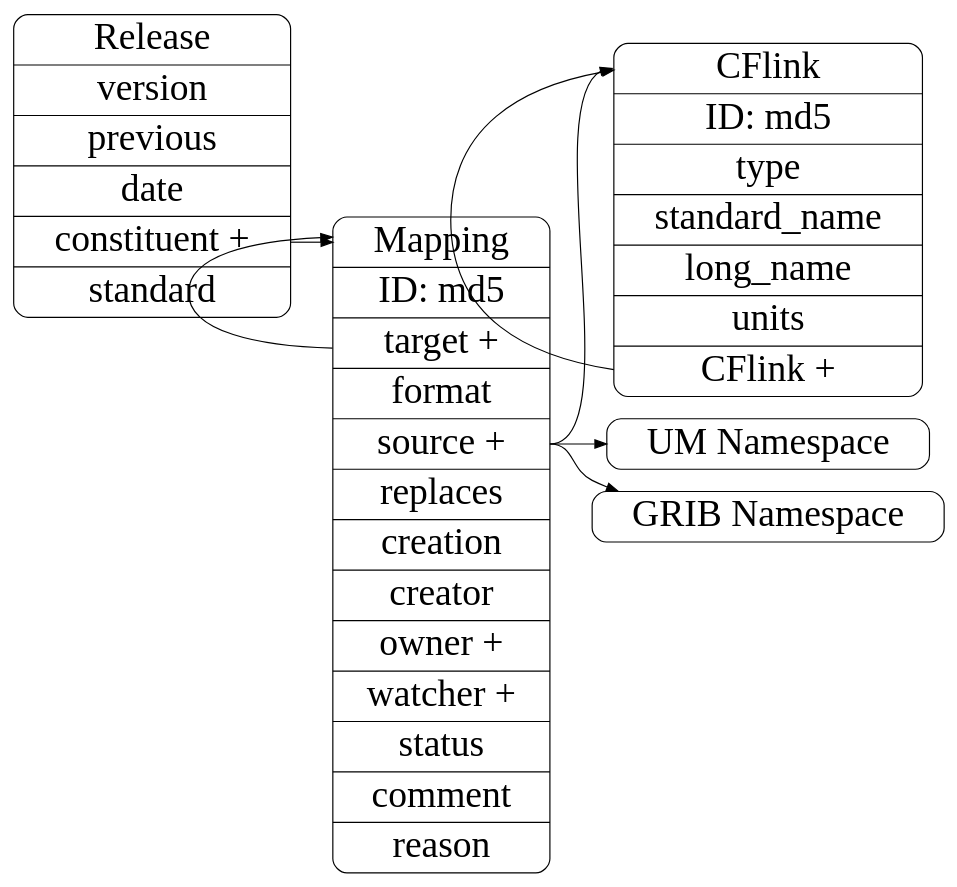
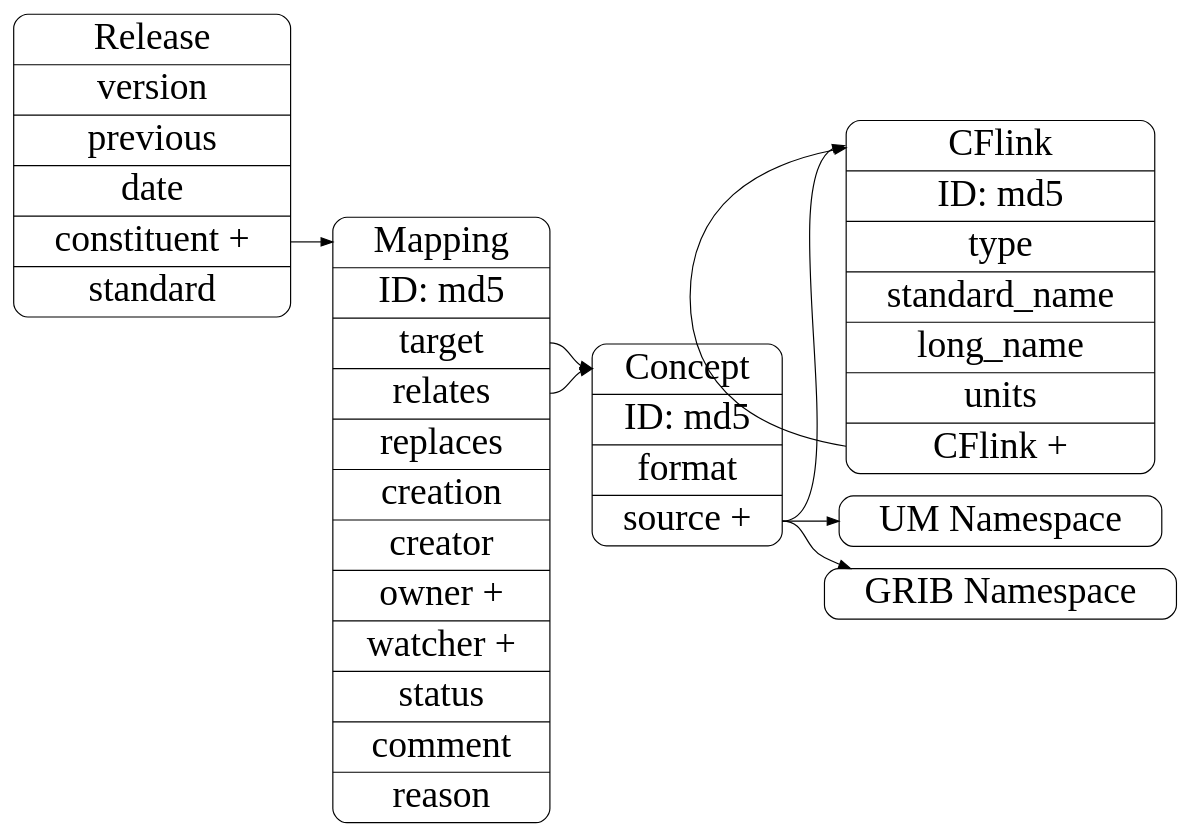
One commit to metarelate/metOcean-mapping changed the diagram in docs/source/developer/design/records.dot. Above: the diagram before and after it, drawn with Graphviz. The commit also changed 9 other files, not shown here.

```diff
--- a/docs/source/developer/design/records.dot
+++ b/docs/source/developer/design/records.dot
@@ -1,58 +1,62 @@
 digraph records {
 
 ## basic setup 
 
    	rankdir = LR;
         node [
         fontsize = 32,
         shape = Mrecord
         ];
 
         edge [
         fontsize = 24
         ];
 
 ## class definitions
 
    	cflink [
 	label = "<title> CFlink |ID: md5 |<type>type |<sn>standard_name |<ln>long_name |<units>units|<cflink>CFlink + "
 	];
 
+	concept [
+	label = "<title> Concept |ID: md5|<format> format |<source> source +"
+	];
 
 	mapping [
-	label = "<title> Mapping |ID: md5 |<target> target +|format |<source> source + |replaces |creation |creator |owner + |watcher + |status |comment |reason "
+	label = "<title> Mapping |ID: md5 |<target> target |<relates> relates |replaces |creation |creator |owner + |watcher + |status |comment |reason "
 
 	];
 
 	release [
 	label = "<title> Release |version|previous|date|<con>constituent + |standard"
 	];
 
 
 	um [
 	label = "UM Namespace"
 	];
 
 	grib [
 	label = "GRIB Namespace"
 	];
 
 
 
 ## relations
 
 
 	release:con -> mapping:title
 
-	mapping:source -> um
+	mapping:relates -> concept:title
 
-	mapping:source -> grib
+	mapping:target -> concept:title
 
-	mapping:source -> cflink:title
+	concept:source -> um
 
-	mapping:target -> mapping:title
+	concept:source -> grib
 
+	concept:source -> cflink:title
 
 	cflink:cflink -> cflink:title 
 
 }
```
